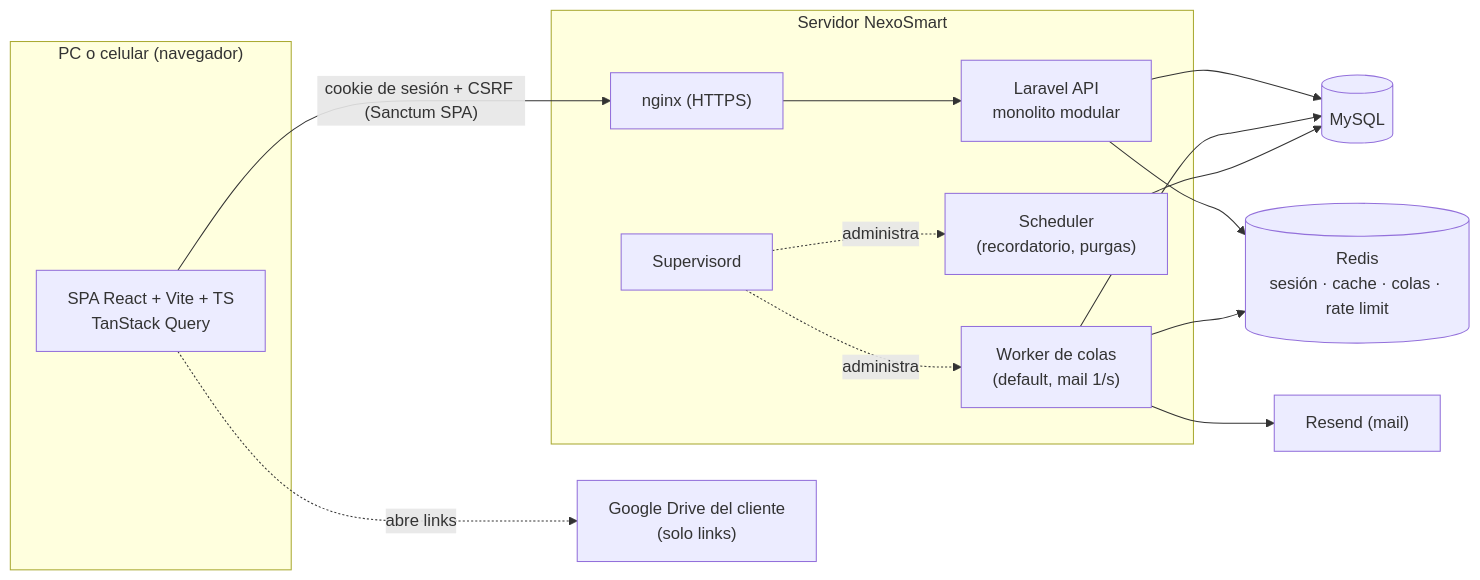
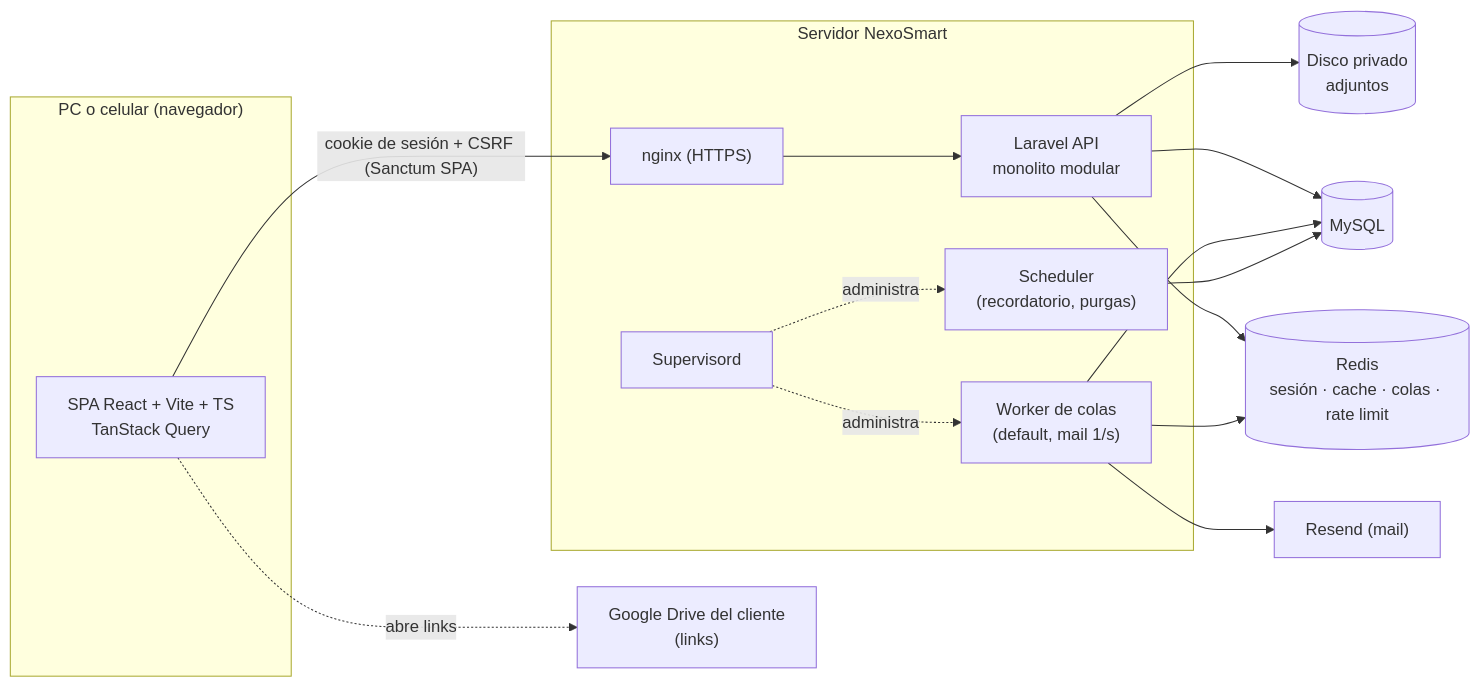
Before and after one commit to maxirodr/tecnoservicios_backend: the first of 3 diagrams in docs/arquitectura.md, drawn with Mermaid. The commit also changed other lines of this file and 24 other files, not shown here.

````diff
--- a/docs/arquitectura.md
+++ b/docs/arquitectura.md
@@ -9,28 +9,30 @@
 ```mermaid
 flowchart LR
   subgraph Navegador["PC o celular (navegador)"]
     SPA["SPA React + Vite + TS<br/>TanStack Query"]
   end
   subgraph Servidor["Servidor NexoSmart"]
     NGINX["nginx (HTTPS)"]
     API["Laravel API<br/>monolito modular"]
     W["Worker de colas<br/>(default, mail 1/s)"]
     S["Scheduler<br/>(recordatorio, purgas)"]
     SUP["Supervisord"]
   end
   DB[("MySQL")]
   R[("Redis<br/>sesión · cache · colas · rate limit")]
   RS["Resend (mail)"]
-  DRIVE["Google Drive del cliente<br/>(solo links)"]
+  DRIVE["Google Drive del cliente<br/>(links)"]
+  FS[("Disco privado<br/>adjuntos")]
 
   SPA -- "cookie de sesión + CSRF (Sanctum SPA)" --> NGINX --> API
   API --> DB
   API --> R
+  API --> FS
   W --> R
   W --> DB
   W --> RS
   S --> DB
   SUP -. "administra" .-> W
   SUP -. "administra" .-> S
   SPA -. "abre links" .-> DRIVE
 ```
````
